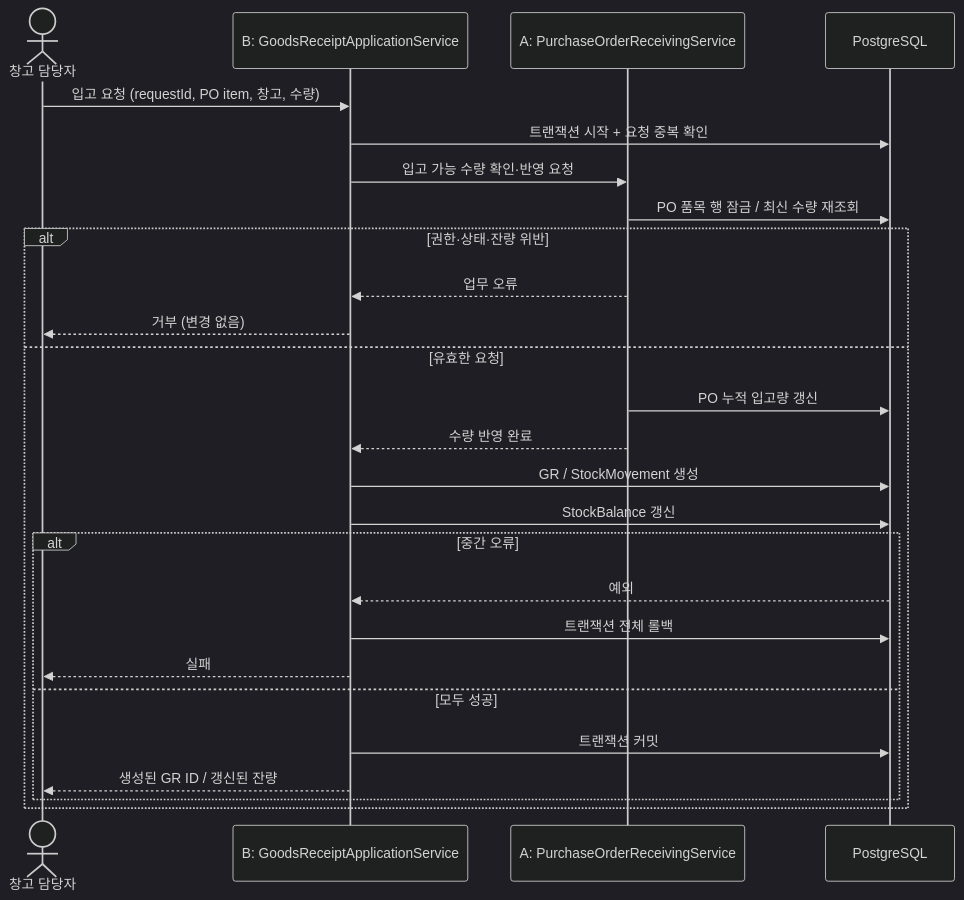
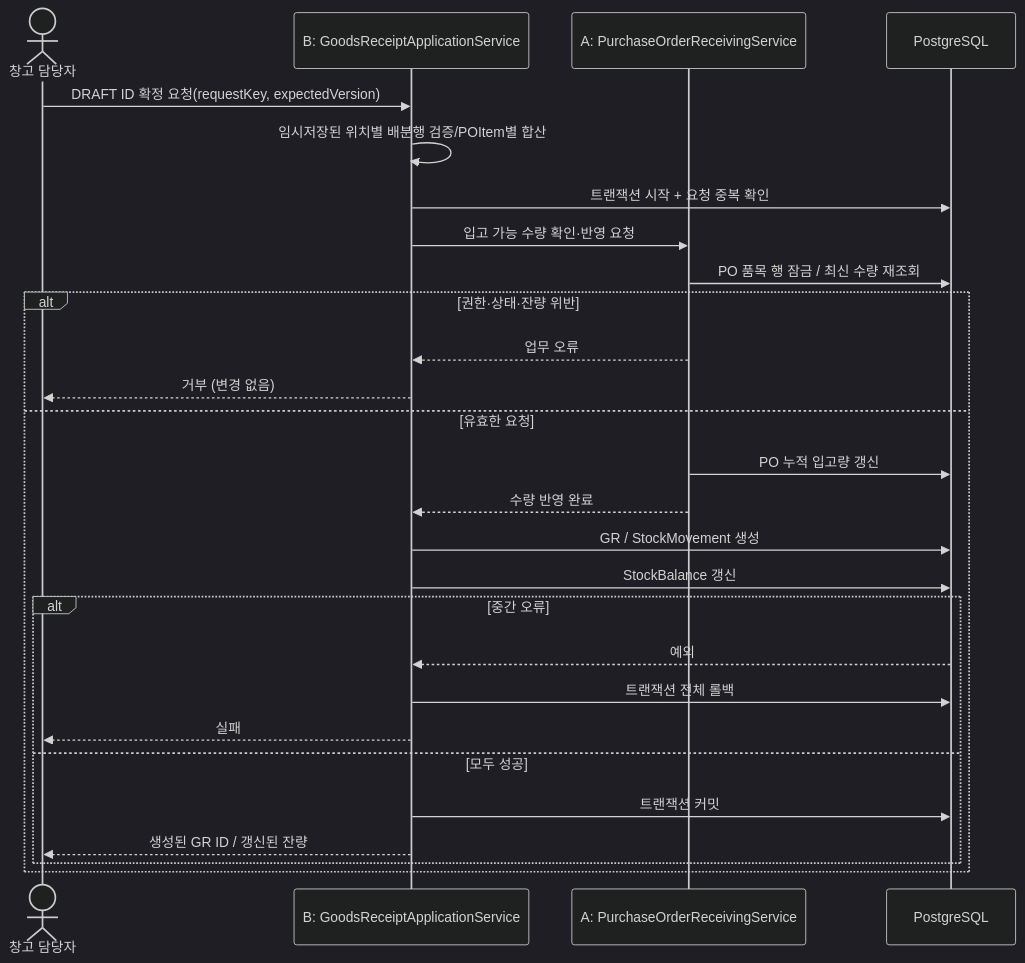
One commit to chagok-erp/chagok_docs changed the fifth of 5 diagrams in docs/business/04-ERP-WORKFLOW.md. Above: the diagram before and after it, drawn with Mermaid (dark theme). The commit also changed other lines of this file and 14 other files, not shown here.

````diff
--- a/docs/business/04-ERP-WORKFLOW.md
+++ b/docs/business/04-ERP-WORKFLOW.md
@@ -126,28 +128,29 @@
 ```mermaid
 sequenceDiagram
     actor Clerk as 창고 담당자
     participant GR as B: GoodsReceiptApplicationService
     participant PO as A: PurchaseOrderReceivingService
     participant DB as PostgreSQL
-    Clerk->>GR: 입고 요청 (requestId, PO item, 창고, 수량)
+    Clerk->>GR: DRAFT ID 확정 요청(requestKey, expectedVersion)
+    GR->>GR: 임시저장된 위치별 배분행 검증/POItem별 합산
     GR->>DB: 트랜잭션 시작 + 요청 중복 확인
     GR->>PO: 입고 가능 수량 확인·반영 요청
     PO->>DB: PO 품목 행 잠금 / 최신 수량 재조회
     alt 권한·상태·잔량 위반
         PO-->>GR: 업무 오류
         GR-->>Clerk: 거부 (변경 없음)
     else 유효한 요청
         PO->>DB: PO 누적 입고량 갱신
         PO-->>GR: 수량 반영 완료
         GR->>DB: GR / StockMovement 생성
         GR->>DB: StockBalance 갱신
         alt 중간 오류
             DB-->>GR: 예외
             GR->>DB: 트랜잭션 전체 롤백
             GR-->>Clerk: 실패
         else 모두 성공
             GR->>DB: 트랜잭션 커밋
             GR-->>Clerk: 생성된 GR ID / 갱신된 잔량
         end
     end
 ```
````
